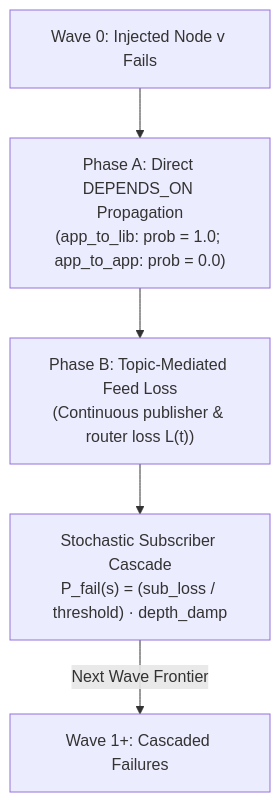
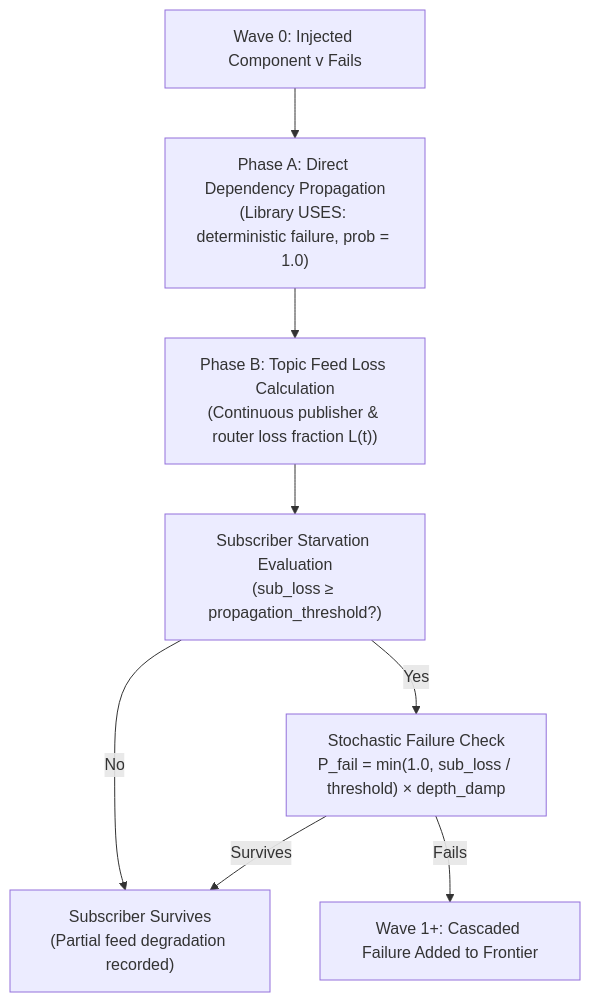
The second of 2 diagrams in docs/failure-simulation.md (onuralpyigit/software-as-a-graph), drawn with Mermaid before and after one commit. The commit also changed other lines of this file and 10 other files, not shown here.

````diff
--- a/docs/failure-simulation.md
+++ b/docs/failure-simulation.md
@@ -145,7 +178,10 @@
 ```mermaid
 flowchart TD
-    W0["Wave 0: Injected Node v Fails"] --> PA["Phase A: Direct DEPENDS_ON Propagation<br>(app_to_lib: prob = 1.0; app_to_app: prob = 0.0)"]
-    PA --> PB["Phase B: Topic-Mediated Feed Loss<br>(Continuous publisher & router loss L(t))"]
-    PB --> STOCH["Stochastic Subscriber Cascade<br>P_fail(s) = (sub_loss / threshold) · depth_damp"]
-    STOCH -->|Next Wave Frontier| W1["Wave 1+: Cascaded Failures"]
+    W0["Wave 0: Injected Component v Fails"] --> PA["Phase A: Direct Dependency Propagation<br>(Library USES: deterministic failure, prob = 1.0)"]
+    PA --> PB["Phase B: Topic Feed Loss Calculation<br>(Continuous publisher & router loss fraction L(t))"]
+    PB --> EVAL["Subscriber Starvation Evaluation<br>(sub_loss ≥ propagation_threshold?)"]
+    EVAL -- No --> STOP["Subscriber Survives<br>(Partial feed degradation recorded)"]
+    EVAL -- Yes --> PROB["Stochastic Failure Check<br>P_fail = min(1.0, sub_loss / threshold) × depth_damp"]
+    PROB -- Fails --> W1["Wave 1+: Cascaded Failure Added to Frontier"]
+    PROB -- Survives --> STOP
 ```
````
